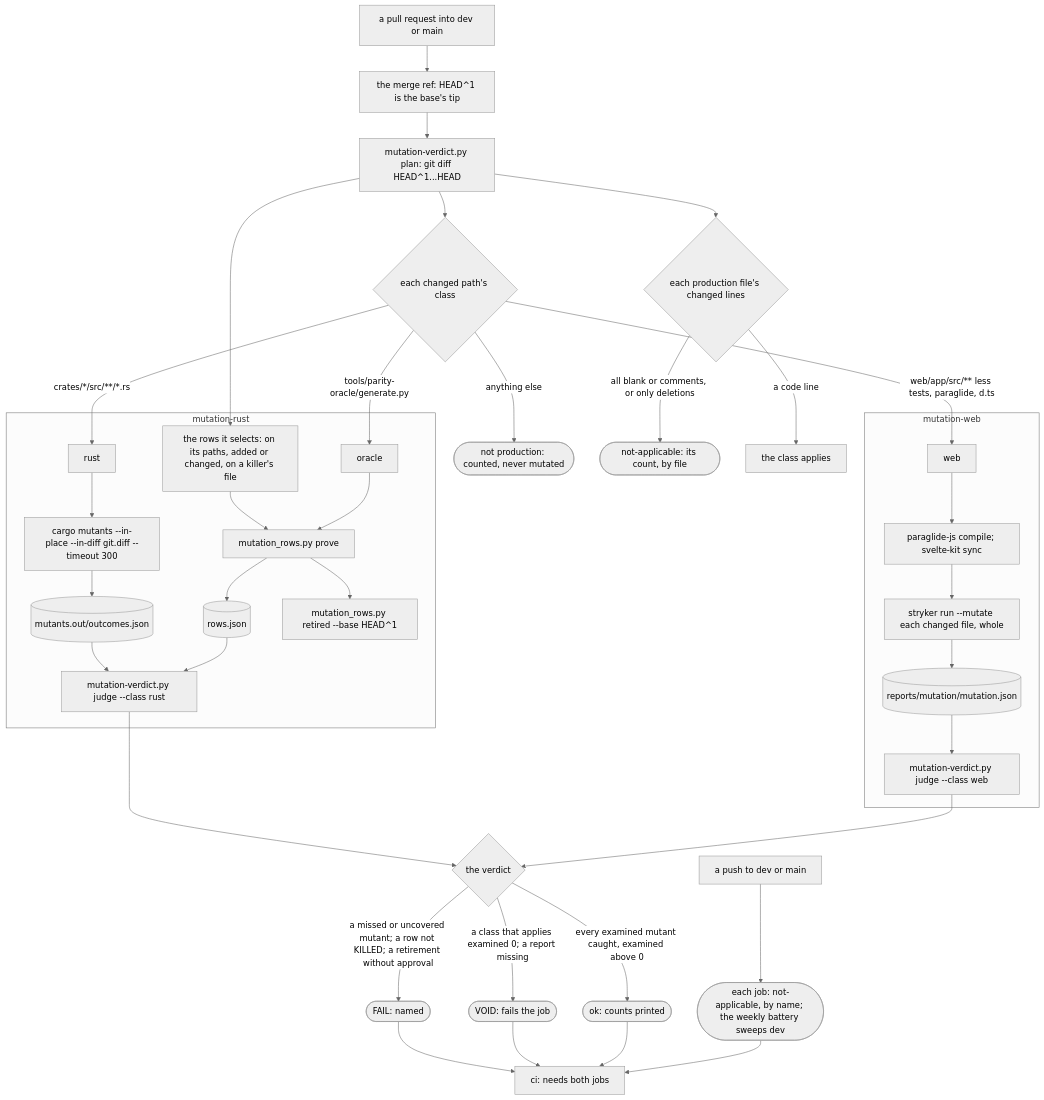
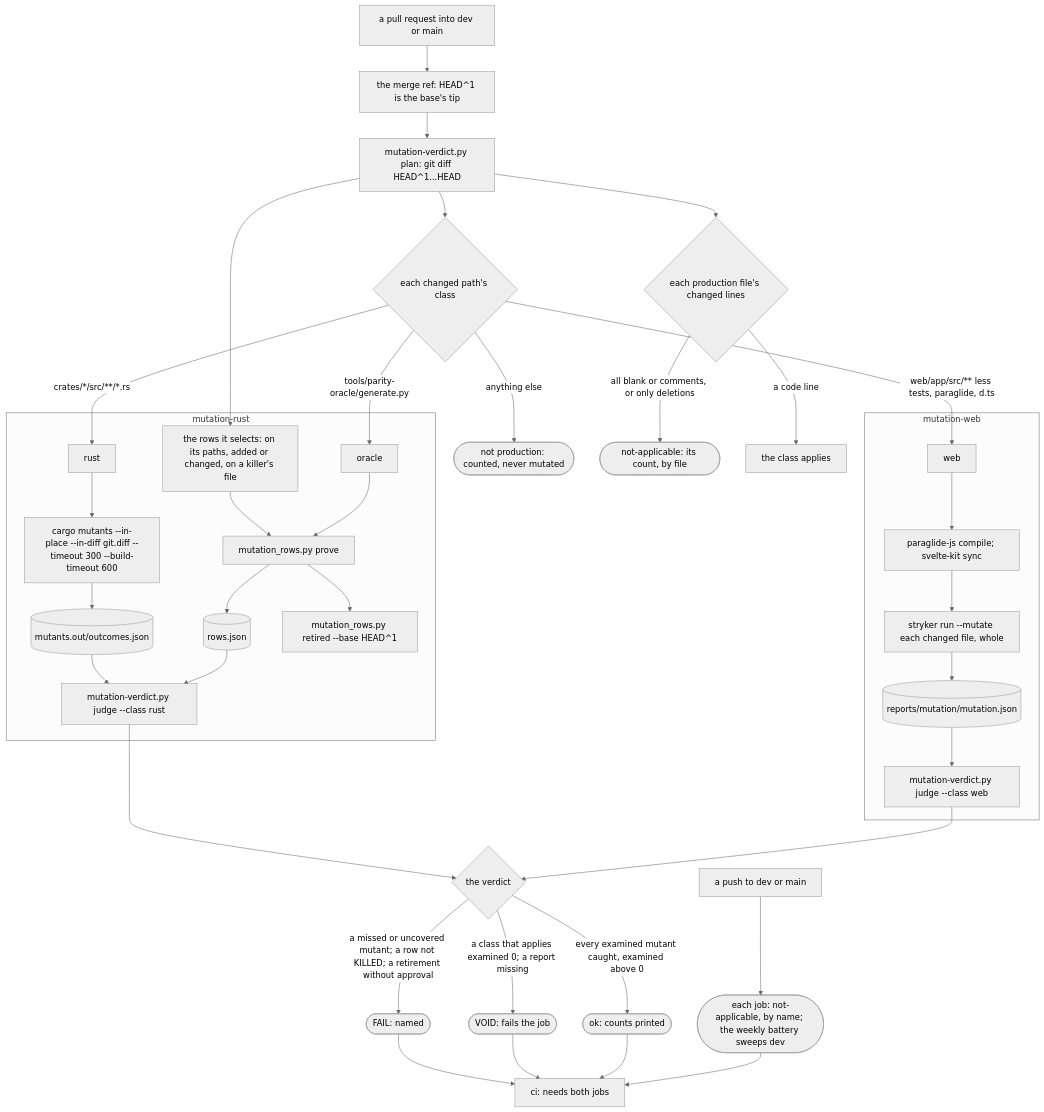
One commit to RexRenatus/deck-streak changed the first of 3 diagrams in docs/schematics/mutation-testing.md. Above: the diagram before and after it, drawn with Mermaid (neutral theme). The commit also changed other lines of this file and 4 other files, not shown here.

````diff
--- a/docs/schematics/mutation-testing.md
+++ b/docs/schematics/mutation-testing.md
@@ -10,43 +10,43 @@
 ```mermaid
 flowchart TD
   pr[a pull request into dev or main] --> merge[the merge ref: HEAD^1 is the base's tip]
   push[a push to dev or main] --> na([each job: not-applicable, by name; the weekly battery sweeps dev])
   merge --> plan[mutation-verdict.py plan: git diff HEAD^1...HEAD]
   plan --> classes{each changed path's class}
   classes -->|crates/*/src/**/*.rs| rust[rust]
   classes -->|web/app/src/** less tests, paraglide, d.ts| web[web]
   classes -->|tools/parity-oracle/generate.py| oracle[oracle]
   classes -->|anything else| other([not production: counted, never mutated])
   plan --> lines{each production file's changed lines}
   lines -->|all blank or comments, or only deletions| nap([not-applicable: its count, by file])
   lines -->|a code line| applies[the class applies]
   plan --> rows[the rows it selects: on its paths, added or changed, on a killer's file]
 
   subgraph mutation-rust
-    rust --> cm[cargo mutants --in-place --in-diff git.diff --timeout 300]
+    rust --> cm[cargo mutants --in-place --in-diff git.diff --timeout 300 --build-timeout 600]
     cm --> outcomes[(mutants.out/outcomes.json)]
     rows --> prove[mutation_rows.py prove]
     prove --> rowsreport[(rows.json)]
     prove --> retired[mutation_rows.py retired --base HEAD^1]
     oracle --> prove
     outcomes --> judgeR[mutation-verdict.py judge --class rust]
     rowsreport --> judgeR
   end
 
   subgraph mutation-web
     web --> sync[paraglide-js compile; svelte-kit sync]
     sync --> st[stryker run --mutate each changed file, whole]
     st --> mjson[(reports/mutation/mutation.json)]
     mjson --> judgeW[mutation-verdict.py judge --class web]
   end
 
   judgeR --> verdict{the verdict}
   judgeW --> verdict
   verdict -->|a missed or uncovered mutant; a row not KILLED; a retirement without approval| fail([FAIL: named])
   verdict -->|a class that applies examined 0; a report missing| void([VOID: fails the job])
   verdict -->|every examined mutant caught, examined above 0| ok([ok: counts printed])
   fail --> ci[ci: needs both jobs]
   void --> ci
   ok --> ci
   na --> ci
 ```
````
